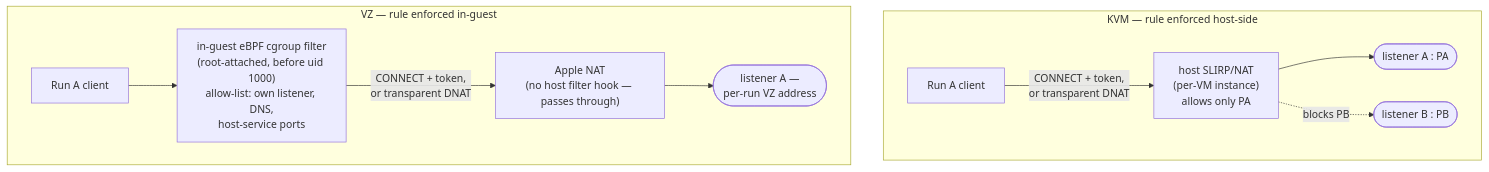
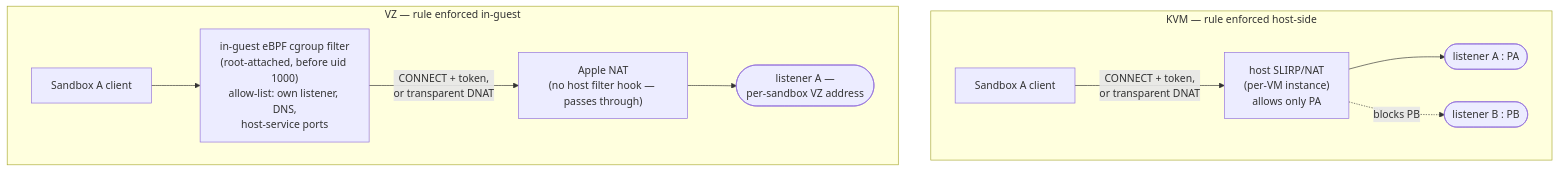
The second of 4 diagrams in docs/rfc/0002-guest-network-egress-and-credential-containment.md (the-void-ia/void-box), drawn with Mermaid before and after one commit. The commit also changed other lines of this file and 7 other files, not shown here.

First line of the commit message:
docs: rename per-run → per-sandbox across RFC-0002 and ADRs

````diff
--- a/docs/rfc/0002-guest-network-egress-and-credential-containment.md
+++ b/docs/rfc/0002-guest-network-egress-and-credential-containment.md
@@ -76,15 +76,15 @@
 ```mermaid
 flowchart TB
   subgraph K["KVM — rule enforced host-side"]
     direction LR
-    kc["Run A client"] -->|"CONNECT + token,<br/>or transparent DNAT"| kn["host SLIRP/NAT<br/>(per-VM instance)<br/>allows only PA"]
+    kc["Sandbox A client"] -->|"CONNECT + token,<br/>or transparent DNAT"| kn["host SLIRP/NAT<br/>(per-VM instance)<br/>allows only PA"]
     kn --> kla(["listener A : PA"])
     kn -.->|"blocks PB"| klb(["listener B : PB"])
   end
   subgraph V["VZ — rule enforced in-guest"]
     direction LR
-    vc["Run A client"] --> vg["in-guest eBPF cgroup filter<br/>(root-attached, before uid 1000)<br/>allow-list: own listener, DNS,<br/>host-service ports"]
+    vc["Sandbox A client"] --> vg["in-guest eBPF cgroup filter<br/>(root-attached, before uid 1000)<br/>allow-list: own listener, DNS,<br/>host-service ports"]
     vg -->|"CONNECT + token,<br/>or transparent DNAT"| vn["Apple NAT<br/>(no host filter hook — passes through)"]
-    vn --> vla(["listener A —<br/>per-run VZ address"])
+    vn --> vla(["listener A —<br/>per-sandbox VZ address"])
   end
 ```
````
